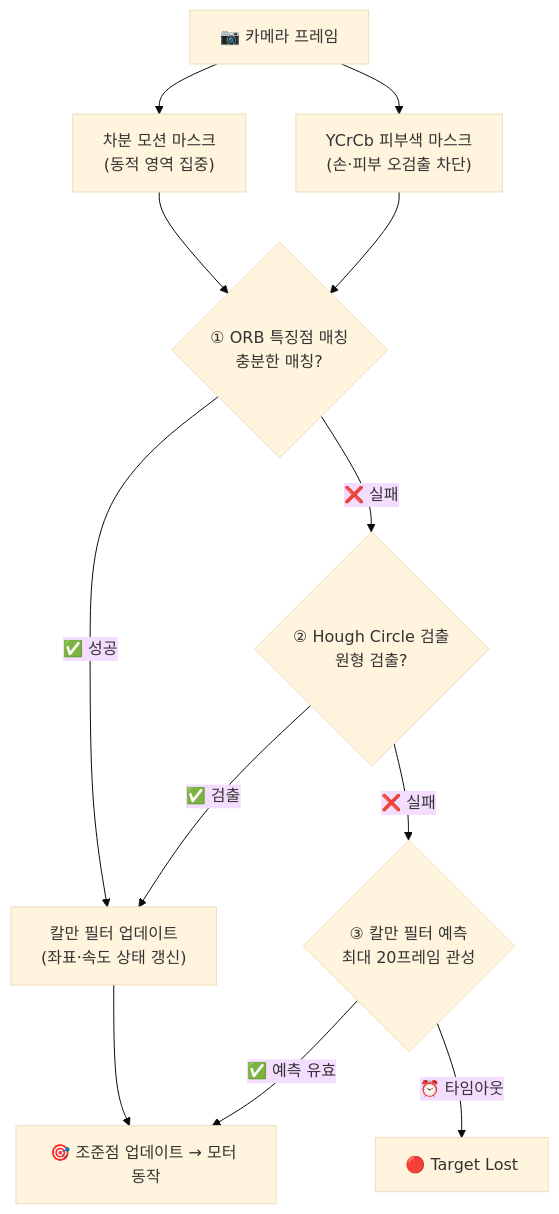
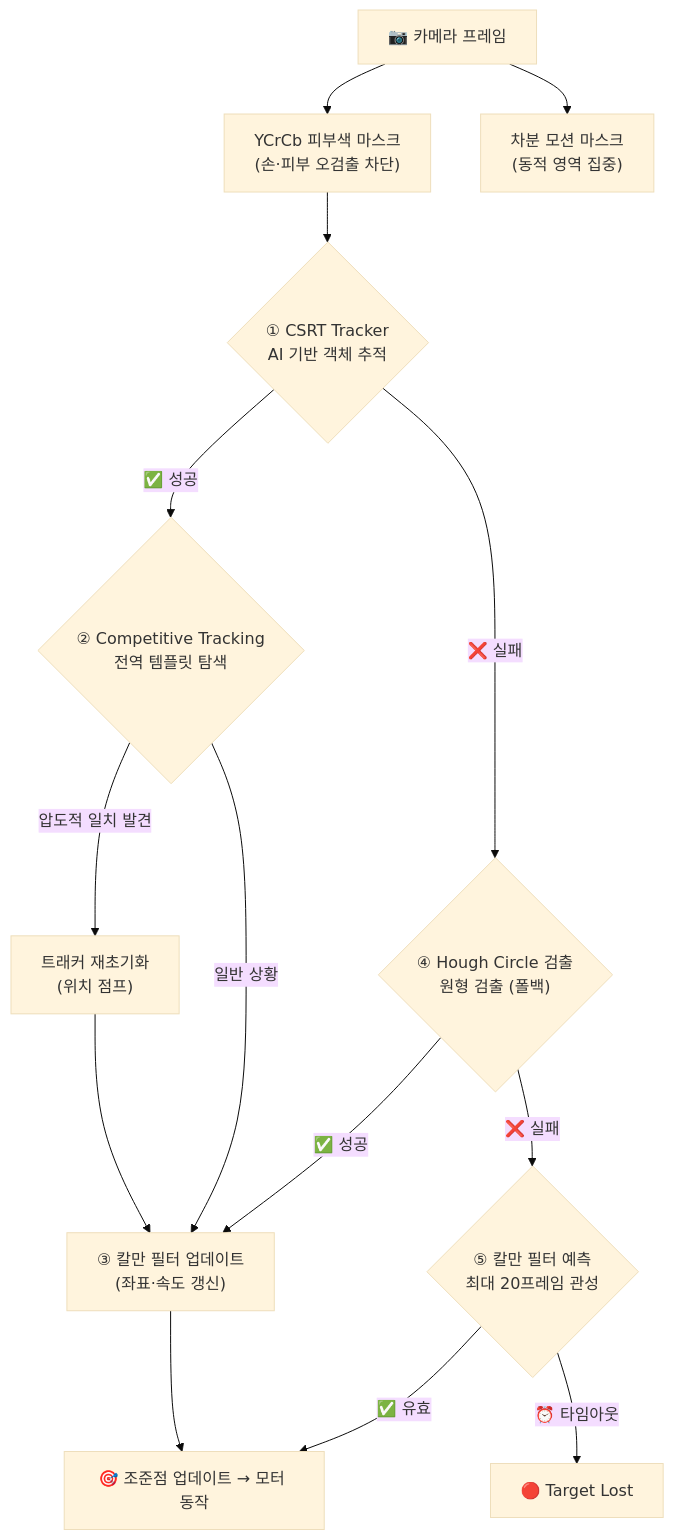
The second of 2 diagrams in README.md (lsk0522/turret_ws), drawn with Mermaid (base theme) before and after one commit. The commit also changed other lines of this file and 1 other file, not shown here.

````diff
--- a/README.md
+++ b/README.md
@@ -131,18 +131,22 @@
 ```mermaid
 graph TD
-    Frame["📷 카메라 프레임"] --> Diff["차분 모션 마스크\n(동적 영역 집중)"]
-    Frame --> Skin["YCrCb 피부색 마스크\n(손·피부 오검출 차단)"]
+    Frame["📷 카메라 프레임"] --> Skin["YCrCb 피부색 마스크\n(손·피부 오검출 차단)"]
+    Frame --> Diff["차분 모션 마스크\n(동적 영역 집중)"]
 
-    Diff & Skin --> ORB{"① ORB 특징점 매칭\n충분한 매칭?"}
+    Skin --> CSRT{"① CSRT Tracker\nAI 기반 객체 추적"}
+    
+    CSRT -->|✅ 성공| Comp{"② Competitive Tracking\n전역 템플릿 탐색"}
+    Comp -->|압도적 일치 발견| Jump["트래커 재초기화\n(위치 점프)"]
+    Comp -->|일반 상황| Kalman["③ 칼만 필터 업데이트\n(좌표·속도 갱신)"]
+    Jump --> Kalman
+    
+    CSRT -->|❌ 실패| Hough{"④ Hough Circle 검출\n원형 검출 (폴백)"}
+    
+    Hough -->|✅ 성공| Kalman
+    Hough -->|❌ 실패| Predict{"⑤ 칼만 필터 예측\n최대 20프레임 관성"}
 
-    ORB -->|✅ 성공| Kalman["칼만 필터 업데이트\n(좌표·속도 상태 갱신)"]
-    ORB -->|❌ 실패| Hough{"② Hough Circle 검출\n원형 검출?"}
-
-    Hough -->|✅ 검출| Kalman
-    Hough -->|❌ 실패| Predict{"③ 칼만 필터 예측\n최대 20프레임 관성"}
-
-    Predict -->|✅ 예측 유효| Motor["🎯 조준점 업데이트 → 모터 동작"]
+    Predict -->|✅ 유효| Motor["🎯 조준점 업데이트 → 모터 동작"]
     Predict -->|⏰ 타임아웃| Lost["🔴 Target Lost"]
 
     Kalman --> Motor
 ```
````
